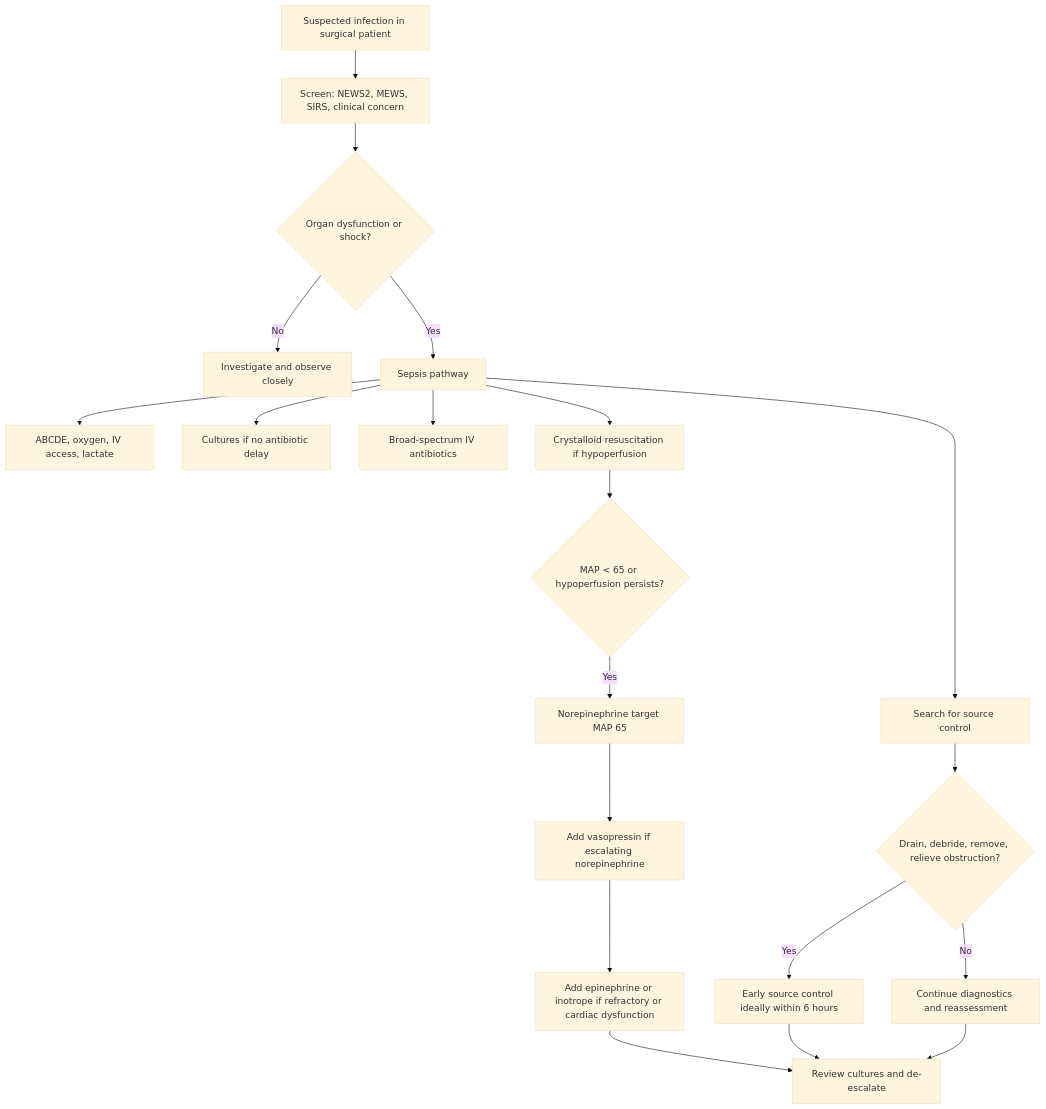
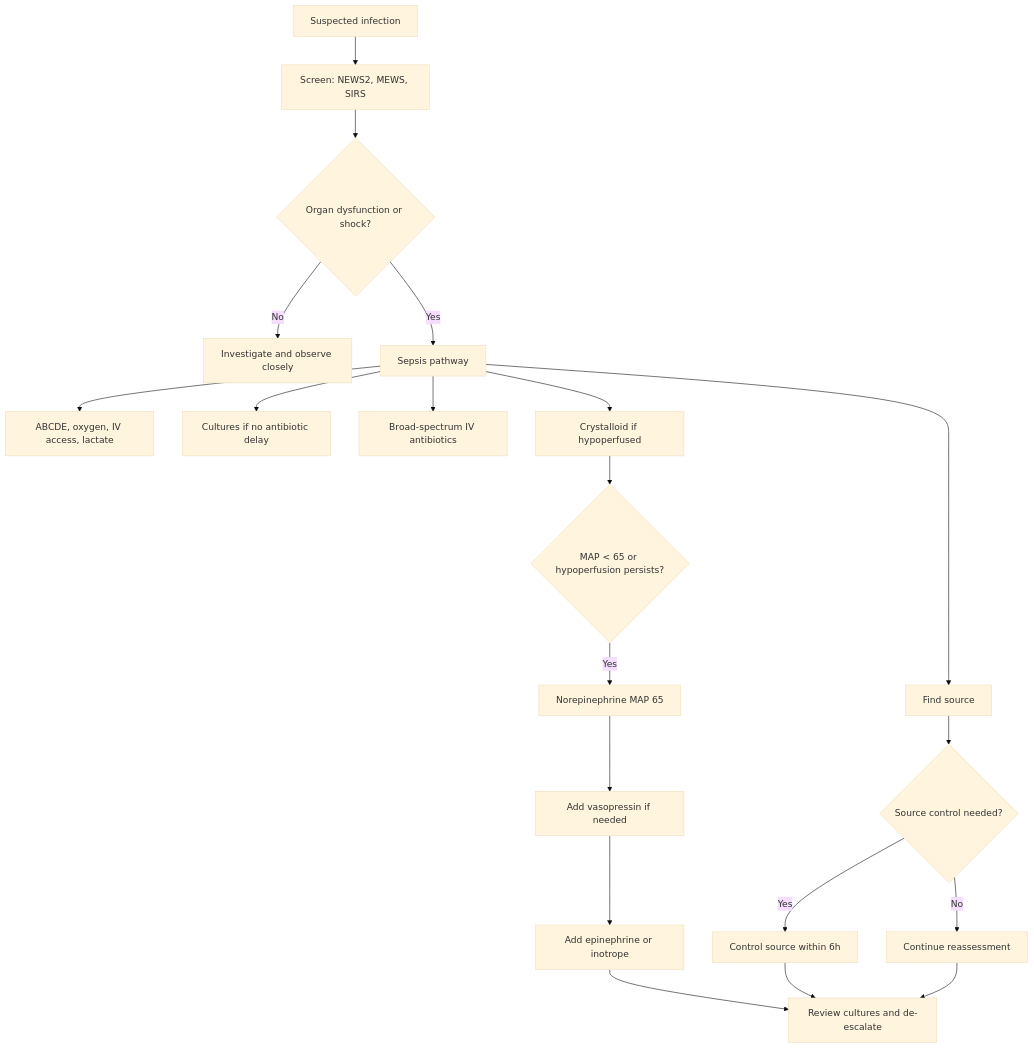
Before and after one commit to techjason/mbbspedia: the diagram in content/fragments/general-surgery/general-principles/sepsis/summary.mdx, drawn with Mermaid (base theme). The commit also changed 4 other files, not shown here.

Commit message:
Shorten shock and sepsis diagram labels

````diff
--- a/content/fragments/general-surgery/general-principles/sepsis/summary.mdx
+++ b/content/fragments/general-surgery/general-principles/sepsis/summary.mdx
@@ -33,22 +33,22 @@
 ```mermaid
 flowchart TD
-    A["Suspected infection in surgical patient"] --> B["Screen: NEWS2, MEWS, SIRS, clinical concern"]
+    A["Suspected infection"] --> B["Screen: NEWS2, MEWS, SIRS"]
     B --> C{"Organ dysfunction or shock?"}
     C -->|"No"| D["Investigate and observe closely"]
     C -->|"Yes"| E["Sepsis pathway"]
     E --> E1["ABCDE, oxygen, IV access, lactate"]
     E --> E2["Cultures if no antibiotic delay"]
     E --> E3["Broad-spectrum IV antibiotics"]
-    E --> E4["Crystalloid resuscitation if hypoperfusion"]
-    E --> E5["Search for source control"]
+    E --> E4["Crystalloid if hypoperfused"]
+    E --> E5["Find source"]
     E4 --> F{"MAP < 65 or hypoperfusion persists?"}
-    F -->|"Yes"| G["Norepinephrine target MAP 65"]
-    G --> H["Add vasopressin if escalating norepinephrine"]
-    H --> I["Add epinephrine or inotrope if refractory or cardiac dysfunction"]
-    E5 --> J{"Drain, debride, remove, relieve obstruction?"}
-    J -->|"Yes"| K["Early source control ideally within 6 hours"]
-    J -->|"No"| L["Continue diagnostics and reassessment"]
+    F -->|"Yes"| G["Norepinephrine MAP 65"]
+    G --> H["Add vasopressin if needed"]
+    H --> I["Add epinephrine or inotrope"]
+    E5 --> J{"Source control needed?"}
+    J -->|"Yes"| K["Control source within 6h"]
+    J -->|"No"| L["Continue reassessment"]
     K --> M["Review cultures and de-escalate"]
     I --> M
     L --> M
 ```
````
